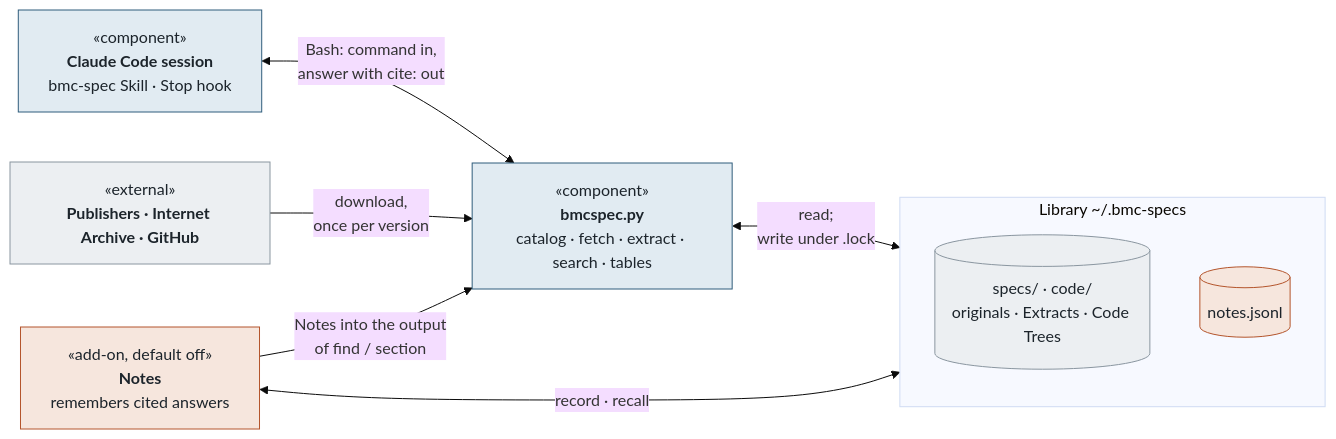
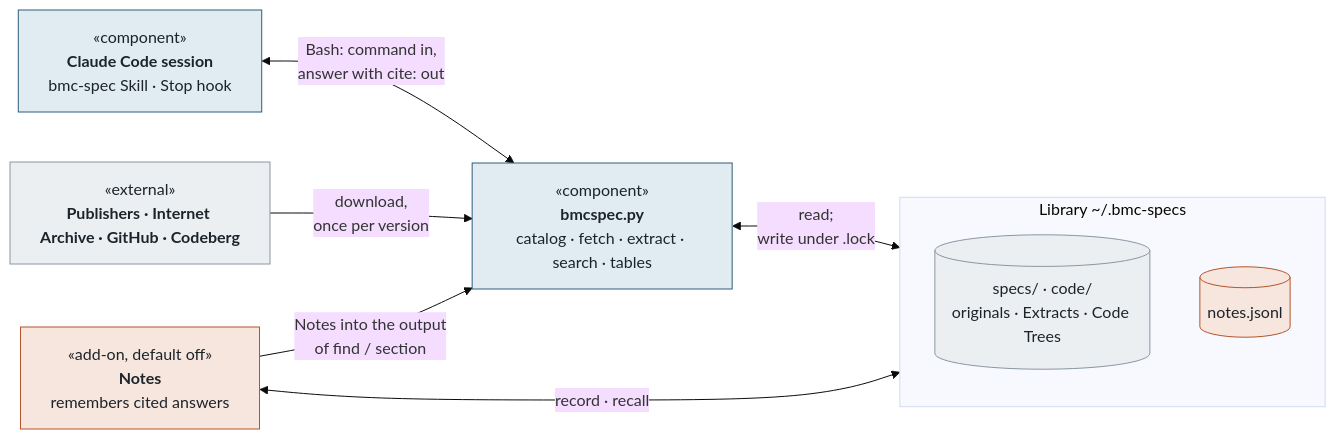
One commit to ianmhuang/bmc-toolkit changed the first of 2 diagrams in README.md. Above: the diagram before and after it, drawn with Mermaid (base theme). The commit also changed 8 other files, not shown here.

````diff
--- a/README.md
+++ b/README.md
@@ -23,20 +23,20 @@
 ```mermaid
 flowchart LR
     S["«component»<br/><b>Claude Code session</b><br/>bmc-spec Skill · Stop hook"]:::read
     T["«component»<br/><b>bmcspec.py</b><br/>catalog · fetch · extract · search · tables"]:::read
     N["«add-on, default off»<br/><b>Notes</b><br/>remembers cited answers"]:::mem
-    W["«external»<br/><b>Publishers · Internet Archive · GitHub</b>"]:::disk
+    W["«external»<br/><b>Publishers · Internet Archive · GitHub · Codeberg</b>"]:::disk
     subgraph L["Library  ~/.bmc-specs"]
         direction TB
         D[("specs/ · code/<br/>originals · Extracts · Code Trees")]:::disk
         J[("notes.jsonl")]:::mem
     end
     S <-->|"Bash: command in,<br/>answer with cite: out"| T
     W -->|"download,<br/>once per version"| T
     T <-->|"read;<br/>write under .lock"| D
     N -->|"Notes into the output<br/>of find / section"| T
     N <-->|"record · recall"| J
     classDef read fill:#E1EBF2,stroke:#2F5D7C,color:#1C242B
     classDef mem fill:#F6E6DD,stroke:#B4552C,color:#1C242B
     classDef disk fill:#ECEFF2,stroke:#8A96A0,color:#1C242B
 ```
````
